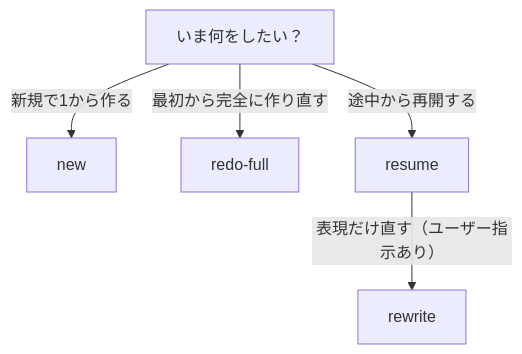
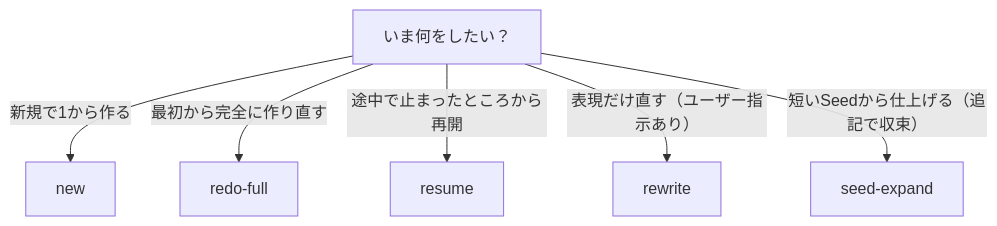
The first of 2 diagrams in ssot/ops/OPS_SCRIPT_FACTORY_MODES.md (daideguchi/youtube_production2), drawn with Mermaid before and after one commit. The commit also changed other lines of this file and 761 other files, not shown here.

````diff
--- a/ssot/ops/OPS_SCRIPT_FACTORY_MODES.md
+++ b/ssot/ops/OPS_SCRIPT_FACTORY_MODES.md
@@ -81,7 +119,8 @@
 ```mermaid
 flowchart TD
   A["いま何をしたい？"] -->|新規で1から作る| NEW["new"]
   A -->|最初から完全に作り直す| REDO["redo-full"]
-  A -->|途中から再開する| RESUME["resume"]
-  RESUME -->|表現だけ直す（ユーザー指示あり）| REWRITE["rewrite"]
+  A -->|途中で止まったところから再開| RESUME["resume"]
+  A -->|表現だけ直す（ユーザー指示あり）| REWRITE["rewrite"]
+  A -->|短いSeedから仕上げる（追記で収束）| SEED["seed-expand"]
 ```
````
